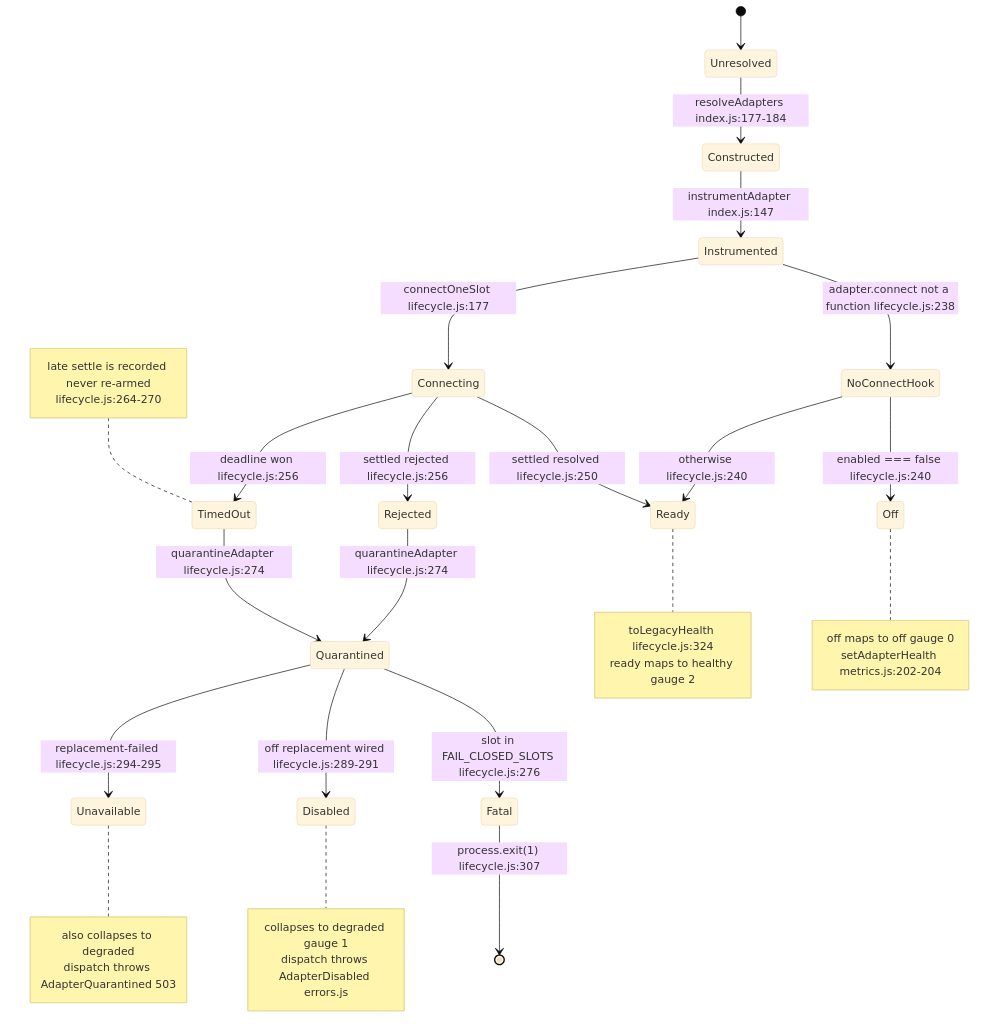
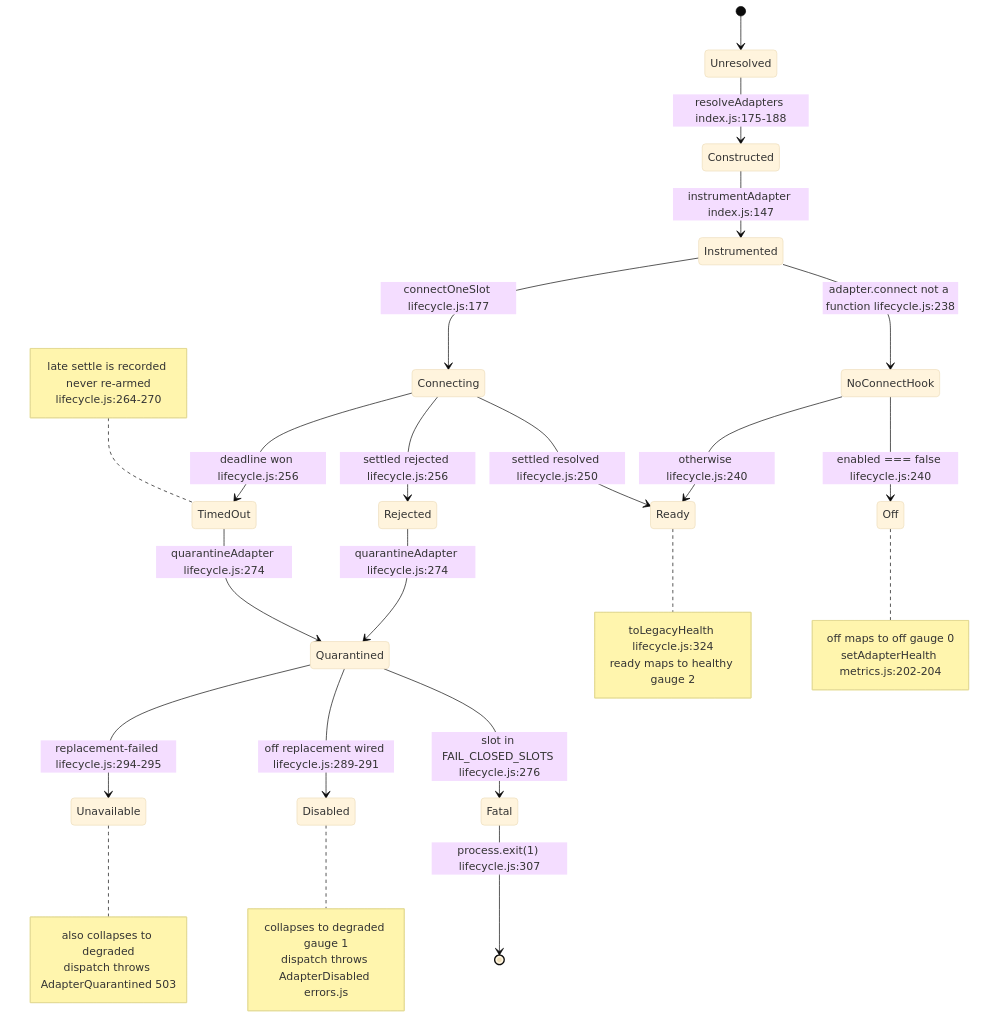
The eighth of 15 diagrams in docs/diagrams/agentbox/04-adapter-spine.md (DreamLab-AI/VisionFlow), drawn with Mermaid (base theme) before and after one commit. The commit also changed other lines of this file and 111 other files, not shown here.

Commit message:
docs(diagrams): align estate maps with current source

````diff
--- a/docs/diagrams/agentbox/04-adapter-spine.md
+++ b/docs/diagrams/agentbox/04-adapter-spine.md
@@ -342,45 +342,45 @@
 ```mermaid
 stateDiagram-v2
     [*] --> Unresolved
-    Unresolved --> Constructed: resolveAdapters index.js:177-184
+    Unresolved --> Constructed: resolveAdapters index.js:175-188
     Constructed --> Instrumented: instrumentAdapter index.js:147
     Instrumented --> NoConnectHook: adapter.connect not a function lifecycle.js:238
     Instrumented --> Connecting: connectOneSlot lifecycle.js:177
 
     NoConnectHook --> Off: enabled === false lifecycle.js:240
     NoConnectHook --> Ready: otherwise lifecycle.js:240
 
     Connecting --> Ready: settled resolved lifecycle.js:250
     Connecting --> Rejected: settled rejected lifecycle.js:256
     Connecting --> TimedOut: deadline won lifecycle.js:256
 
     Rejected --> Quarantined: quarantineAdapter lifecycle.js:274
     TimedOut --> Quarantined: quarantineAdapter lifecycle.js:274
 
     Quarantined --> Fatal: slot in FAIL_CLOSED_SLOTS lifecycle.js:276
     Quarantined --> Disabled: off replacement wired lifecycle.js:289-291
     Quarantined --> Unavailable: replacement-failed lifecycle.js:294-295
 
     Fatal --> [*]: process.exit(1) lifecycle.js:307
 
     note right of Ready
         toLegacyHealth lifecycle.js:324
         ready maps to healthy gauge 2
     end note
     note right of Off
         off maps to off gauge 0
         setAdapterHealth metrics.js:202-204
     end note
     note right of Disabled
         collapses to degraded gauge 1
         dispatch throws AdapterDisabled errors.js
     end note
     note right of Unavailable
         also collapses to degraded
         dispatch throws AdapterQuarantined 503
     end note
     note left of TimedOut
         late settle is recorded never re-armed
         lifecycle.js:264-270
     end note
 ```
````
